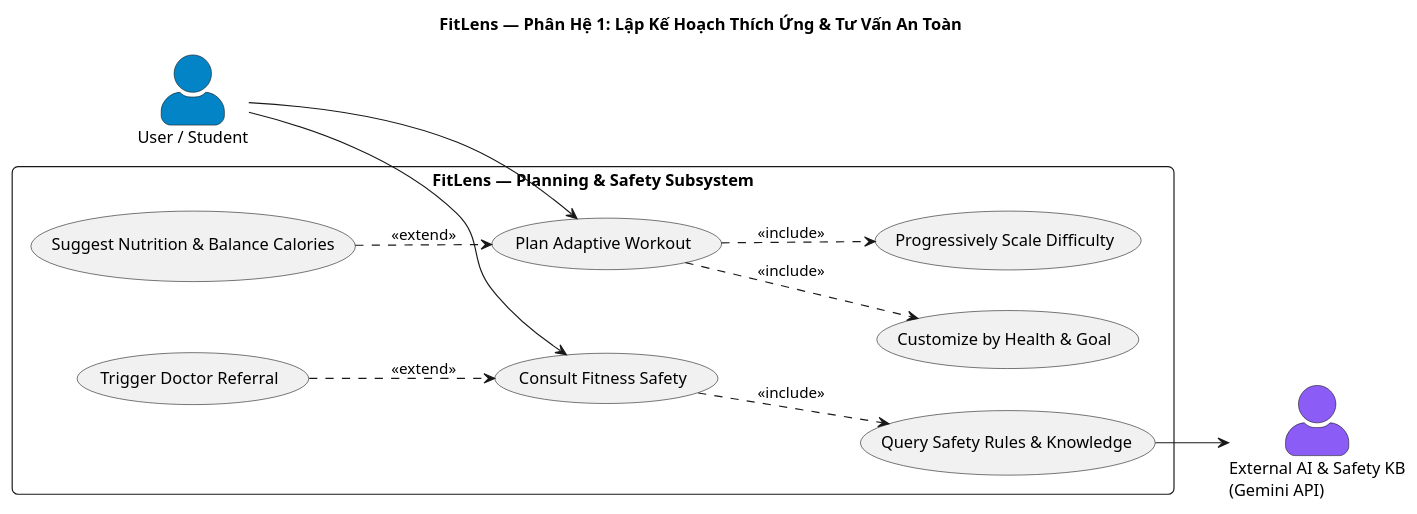
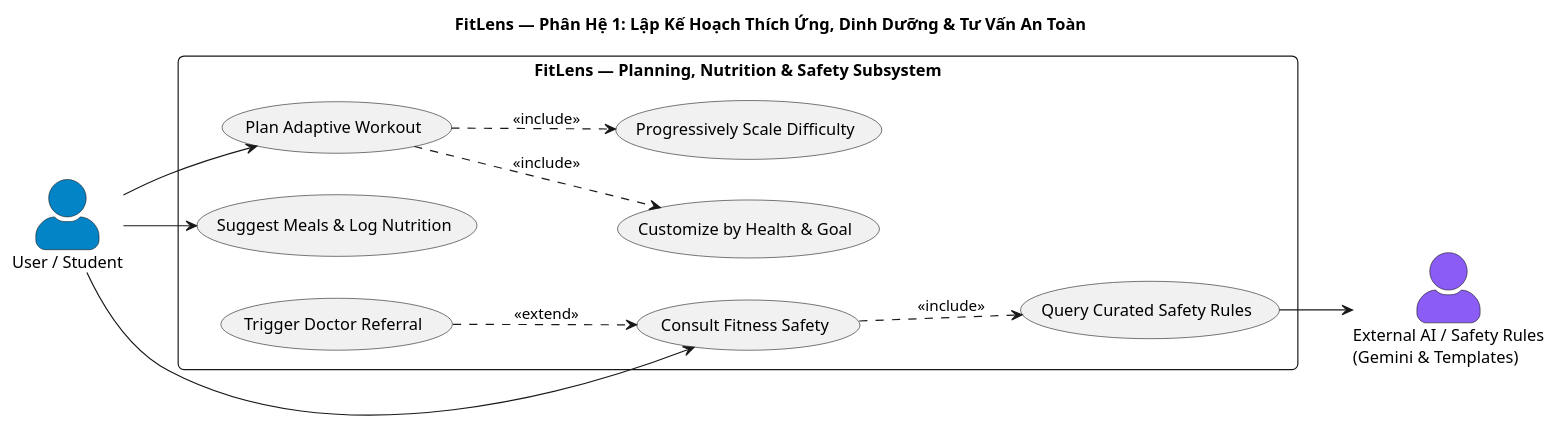
The fourth of 6 diagrams in docs/USE_CASE_DIAGRAM.md (NewFace819/FitLens), drawn with PlantUML before and after one commit. The commit also changed other lines of this file and 3 other files, not shown here.

Commit message:
docs: standardize use cases, unify post-workout RPE 1-10, remove calorie compensation, and add concise architecture

````diff
--- a/docs/USE_CASE_DIAGRAM.md
+++ b/docs/USE_CASE_DIAGRAM.md
@@ -116,34 +133,34 @@
 ```plantuml
-@startuml FitLens_Group1_Planning_Safety
-title FitLens — Phân Hệ 1: Lập Kế Hoạch Thích Ứng & Tư Vấn An Toàn
+@startuml FitLens_Group1_Planning_Nutrition_Safety
+title FitLens — Phân Hệ 1: Lập Kế Hoạch Thích Ứng, Dinh Dưỡng & Tư Vấn An Toàn
 left to right direction
 skinparam packageStyle rectangle
 skinparam actorStyle awesome
 skinparam roundcorner 10
 skinparam defaultFontName "Segoe UI", Arial, sans-serif
 
 actor "User / Student" as User #0284C7
-actor "External AI & Safety KB\n(Gemini API)" as ExternalAI #8B5CF6
+actor "External AI / Safety Rules\n(Gemini & Templates)" as ExternalAI #8B5CF6
 
-rectangle "FitLens — Planning & Safety Subsystem" {
+rectangle "FitLens — Planning, Nutrition & Safety Subsystem" {
   usecase "Plan Adaptive Workout" as UC_Plan
   usecase "Customize by Health & Goal" as UC_Custom
   usecase "Progressively Scale Difficulty" as UC_Prog
-  usecase "Suggest Nutrition & Balance Calories" as UC_Diet
+  usecase "Suggest Meals & Log Nutrition" as UC_Diet
   usecase "Consult Fitness Safety" as UC_Consult
-  usecase "Query Safety Rules & Knowledge" as UC_SafetyRules
+  usecase "Query Curated Safety Rules" as UC_SafetyRules
   usecase "Trigger Doctor Referral" as UC_Doc
 }
 
 User --> UC_Plan
+User --> UC_Diet
 User --> UC_Consult
 
 UC_Plan ..> UC_Custom : <<include>>
 UC_Plan ..> UC_Prog : <<include>>
-UC_Diet ..> UC_Plan : <<extend>>
 
 UC_Consult ..> UC_SafetyRules : <<include>>
 UC_Doc ..> UC_Consult : <<extend>>
 UC_SafetyRules --> ExternalAI
 @enduml
 ```
````
